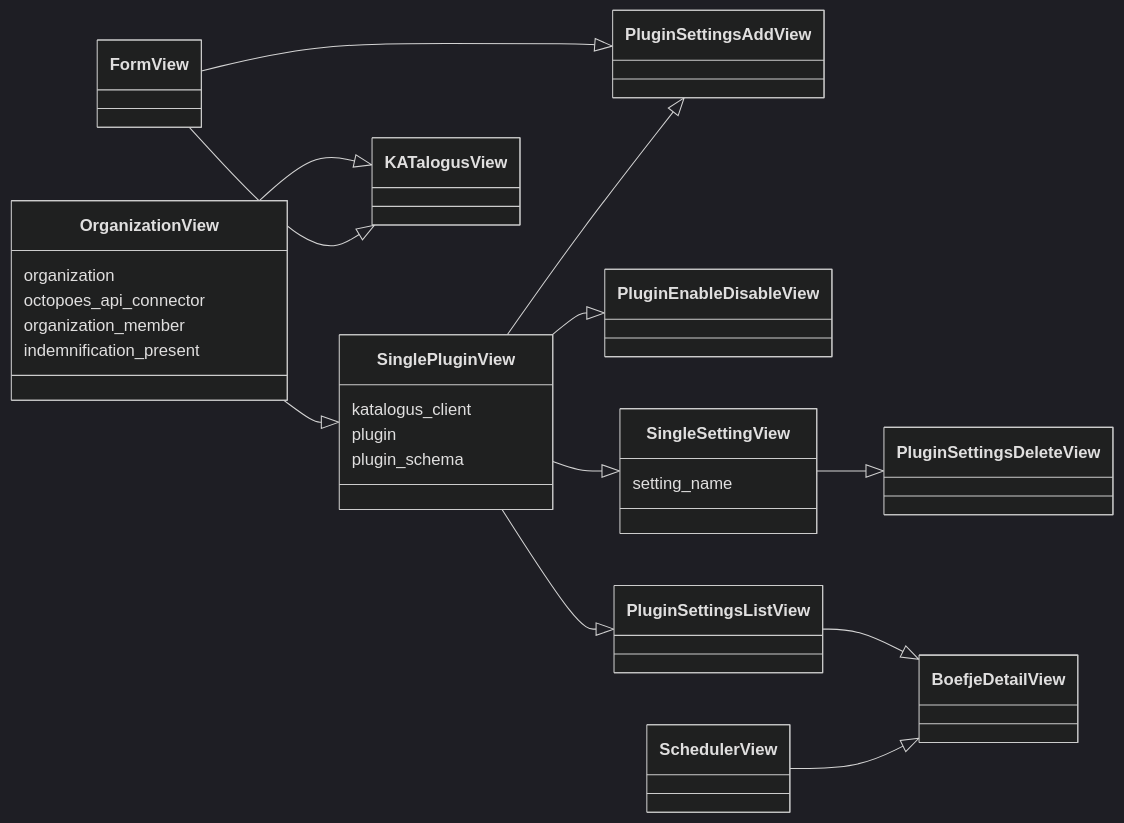
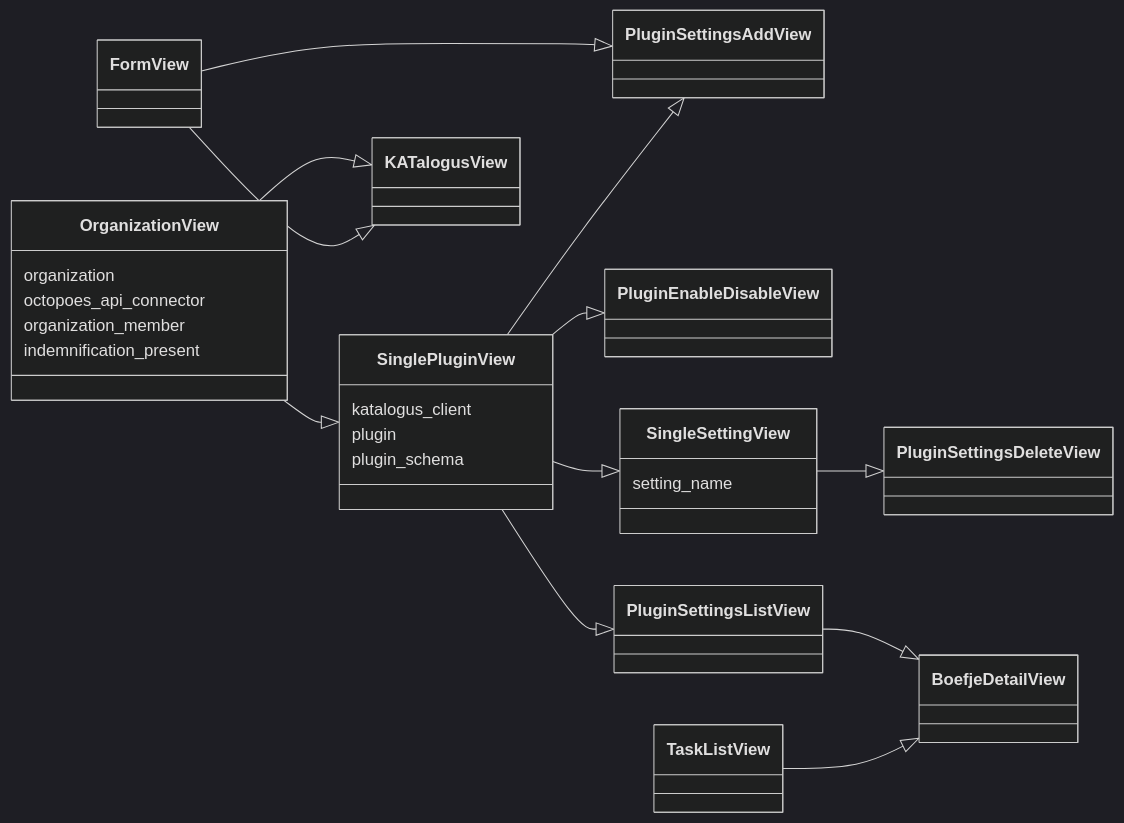
The fourth of 4 diagrams in docs/source/developer_documentation/rocky.md (minvws/nl-kat-coordination), drawn with Mermaid (dark theme) before and after one commit. The commit also changed other lines of this file and 5 other files, not shown here.

````diff
--- a/docs/source/developer_documentation/rocky.md
+++ b/docs/source/developer_documentation/rocky.md
@@ -272,38 +274,39 @@
 ```{mermaid}
 classDiagram
 direction RL
     class FormView
     class OrganizationView
     class SinglePluginView
     class KATalogusView
     class PluginSettingsAddView
     class PluginEnableDisableView
     class SingleSettingView
     class PluginSettingsListView
 
     OrganizationView : organization
     OrganizationView : octopoes_api_connector
     OrganizationView : organization_member
     OrganizationView : indemnification_present
 
     SinglePluginView : katalogus_client
     SinglePluginView : plugin
     SinglePluginView : plugin_schema
 
     SingleSettingView : setting_name
 
     class PluginSettingsDeleteView
     class BoefjeDetailView
+    class TaskListView
 
     KATalogusView  <|--  OrganizationView
     KATalogusView  <|--  FormView
     SinglePluginView  <|--  OrganizationView
     SingleSettingView  <|--  SinglePluginView
     BoefjeDetailView  <|--  PluginSettingsListView
-    BoefjeDetailView  <|--  SchedulerView
+    BoefjeDetailView  <|--  TaskListView
     PluginEnableDisableView  <|--  SinglePluginView
     PluginSettingsAddView  <|--  FormView
     PluginSettingsAddView  <|--  SinglePluginView
     PluginSettingsDeleteView  <|--  SingleSettingView
     PluginSettingsListView  <|--  SinglePluginView
 ```
````
